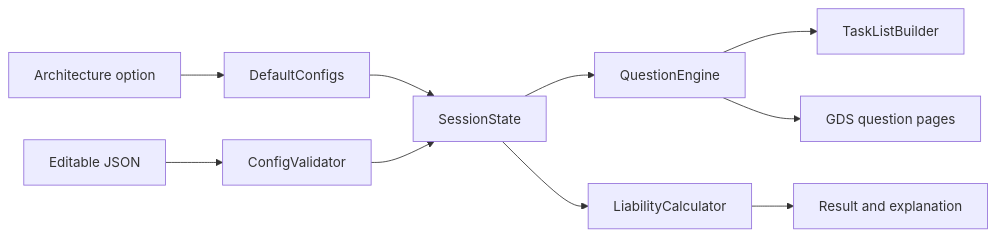
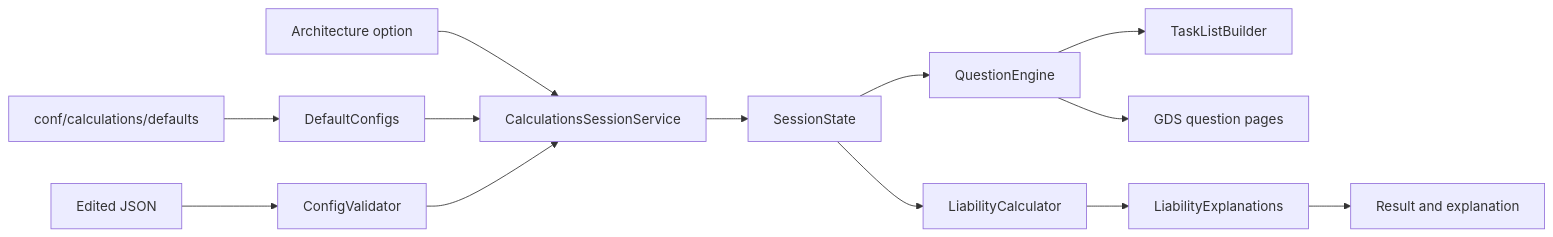
One commit to hmrc/digital-disclosure-service-alpha-frontend changed the seventh of 7 diagrams in README.md. Above: the diagram before and after it, drawn with Mermaid. The commit also changed other lines of this file and 63 other files, not shown here.

First line of the commit message:
Separate concerns in the calculations prototype and move defaults into JSON config.

````diff
--- a/README.md
+++ b/README.md
@@ -678,12 +682,15 @@
 ```mermaid
 flowchart LR
-    option["Architecture option"] --> defaults[DefaultConfigs]
-    defaults --> session[SessionState]
-    config["Editable JSON"] --> validator[ConfigValidator]
-    validator --> session
-    session --> questions[QuestionEngine]
+    option["Architecture option"] --> sessions[CalculationsSessionService]
+    defaults["conf/calculations/defaults"] --> loader[DefaultConfigs]
+    loader --> sessions
+    config["Edited JSON"] --> validator[ConfigValidator]
+    validator --> sessions
+    sessions --> state[SessionState]
+    state --> questions[QuestionEngine]
     questions --> tasks[TaskListBuilder]
     questions --> pages["GDS question pages"]
-    session --> calculator[LiabilityCalculator]
-    calculator --> result["Result and explanation"]
+    state --> calculator[LiabilityCalculator]
+    calculator --> explanations[LiabilityExplanations]
+    explanations --> result["Result and explanation"]
 ```
````
